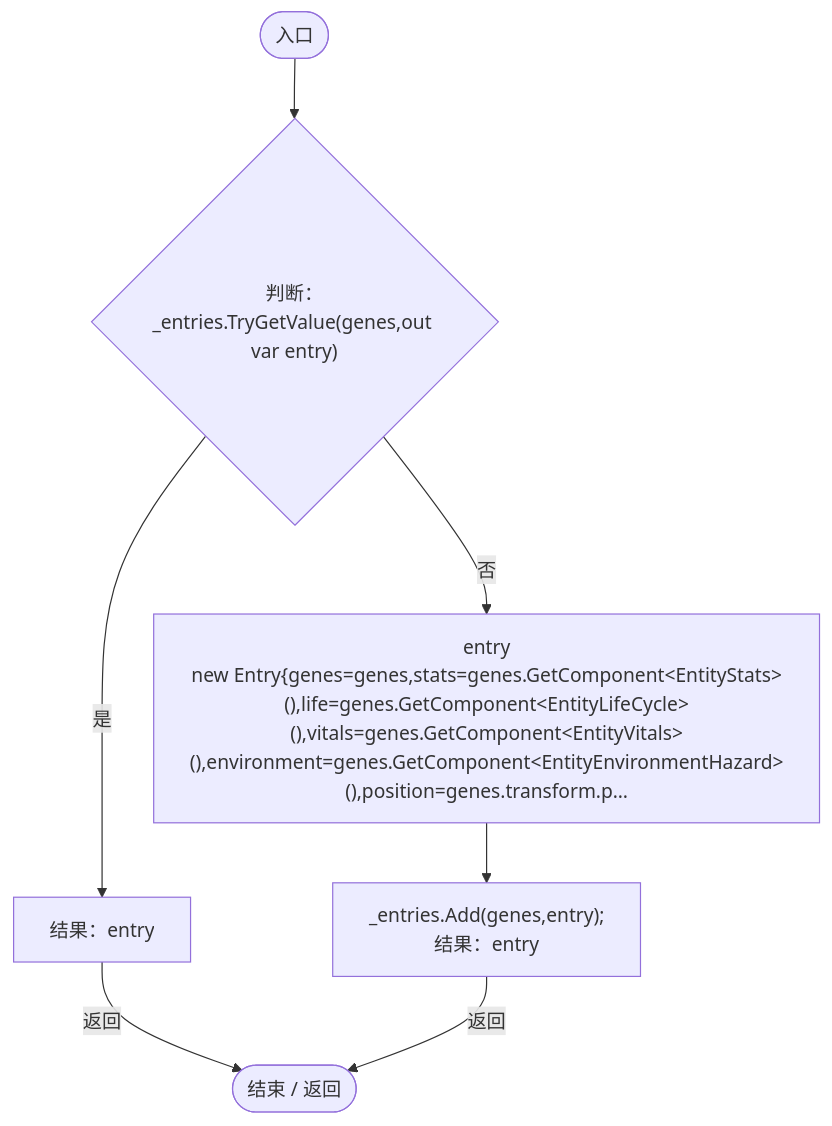
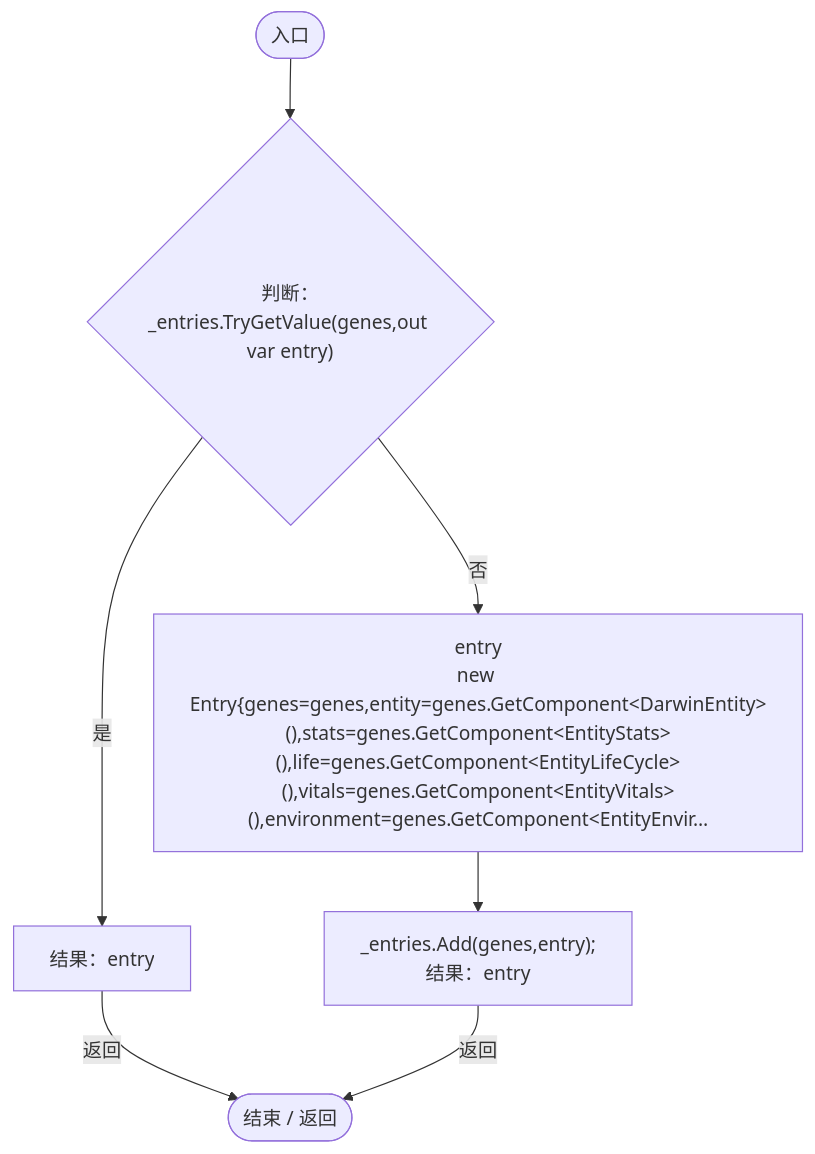
Before and after one commit to xhs6666/Darwin_paradise: diagram 23 of 34 in Docs/运行流程图/脚本/465ccdbb260bcac2.md, drawn with Mermaid. The commit also changed other lines of this file and 30 other files, not shown here.

````diff
--- a/Docs/运行流程图/脚本/465ccdbb260bcac2.md
+++ b/Docs/运行流程图/脚本/465ccdbb260bcac2.md
@@ -418,16 +625,16 @@
 ```mermaid
 flowchart TD
   b0(["入口"])
   b1{"判断：_entries.TryGetValue(genes,out var entry)"}
   b2["结果：entry"]
-  b3["entry<br/>new Entry{genes=genes,stats=genes.GetComponent&lt;EntityStats&gt;(),life=genes.GetComponent&lt;EntityLifeCycle&gt;(),vitals=genes.GetComponent&lt;EntityVitals&gt;(),environment=genes.GetComponent&lt;EntityEnvironmentHazard&gt;(),position=genes.transform.p…"]
+  b3["entry<br/>new Entry{genes=genes,entity=genes.GetComponent&lt;DarwinEntity&gt;(),stats=genes.GetComponent&lt;EntityStats&gt;(),life=genes.GetComponent&lt;EntityLifeCycle&gt;(),vitals=genes.GetComponent&lt;EntityVitals&gt;(),environment=genes.GetComponent&lt;EntityEnvir…"]
   b4["_entries.Add(genes,entry);<br/>结果：entry"]
   b5(["结束 / 返回"])
   b0 --> b1
   b1 -->|"是"| b2
   b1 -->|"否"| b3
   b2 -->|"返回"| b5
   b3 --> b4
   b4 -->|"返回"| b5
 
 ```
````
